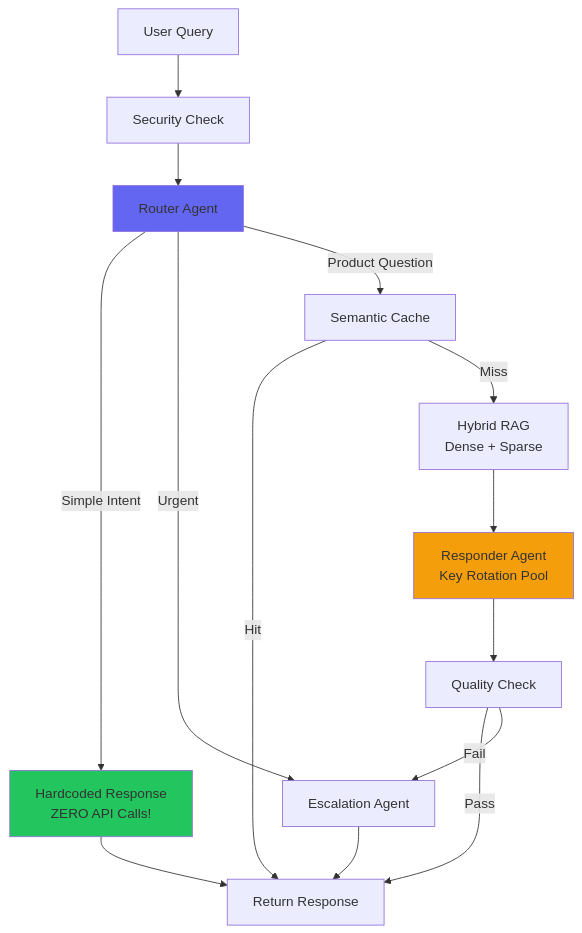
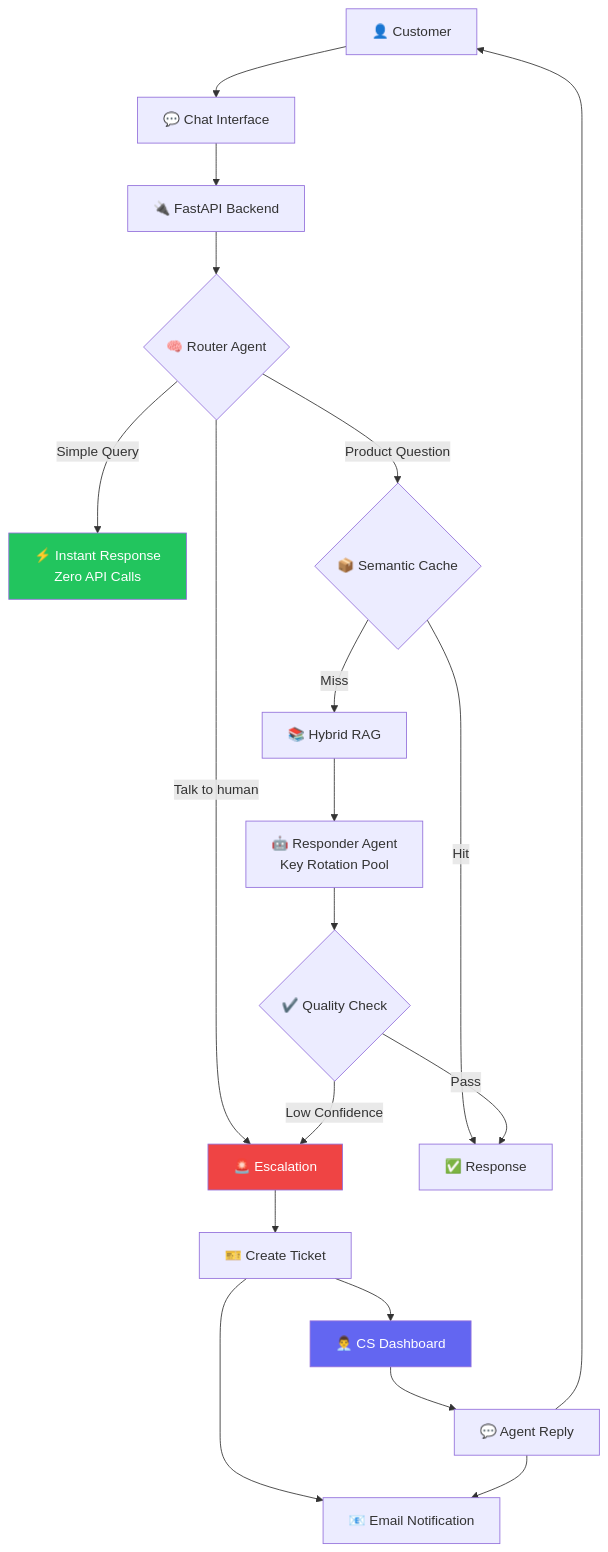
The diagram in README.md (moniem2020/AI-Support-Agent-for-Saas), drawn with Mermaid before and after one commit. The commit also changed other lines of this file, not shown here.

````diff
--- a/README.md
+++ b/README.md
@@ -19,25 +108,32 @@
 ```mermaid
 graph TB
-    User[User Query] --> Security[Security Check]
-    Security --> Route[Router Agent]
+    User[👤 Customer] --> Chat[💬 Chat Interface]
+    Chat --> API[🔌 FastAPI Backend]
     
-    Route -->|Simple Intent| DirectRespond[Hardcoded Response<br/>ZERO API Calls!]
-    Route -->|Urgent| Escalation[Escalation Agent]
-    Route -->|Product Question| Cache[Semantic Cache]
+    API --> Router{🧠 Router Agent}
     
-    Cache -->|Hit| Response[Return Response]
-    Cache -->|Miss| Retrieve[Hybrid RAG<br/>Dense + Sparse]
+    Router -->|Simple Query| Direct[⚡ Instant Response<br/>Zero API Calls]
+    Router -->|"Talk to human"| Escalate[🚨 Escalation]
+    Router -->|Product Question| Cache{📦 Semantic Cache}
     
-    Retrieve --> Responder[Responder Agent<br/>Key Rotation Pool]
-    Responder --> Quality[Quality Check]
+    Cache -->|Hit| Response[✅ Response]
+    Cache -->|Miss| RAG[📚 Hybrid RAG]
+    
+    RAG --> Responder[🤖 Responder Agent<br/>Key Rotation Pool]
+    Responder --> Quality{✔️ Quality Check}
     
     Quality -->|Pass| Response
-    Quality -->|Fail| Escalation
+    Quality -->|Low Confidence| Escalate
     
-    DirectRespond --> Response
-    Escalation --> Response
+    Escalate --> Ticket[🎫 Create Ticket]
+    Ticket --> Email[📧 Email Notification]
+    Ticket --> Dashboard[👨‍💼 CS Dashboard]
     
-    style DirectRespond fill:#22c55e
-    style Route fill:#6366f1
-    style Responder fill:#f59e0b
+    Dashboard --> Agent[💬 Agent Reply]
+    Agent --> Email
+    Agent --> User
+    
+    style Direct fill:#22c55e,color:#fff
+    style Escalate fill:#ef4444,color:#fff
+    style Dashboard fill:#6366f1,color:#fff
 ```
````
